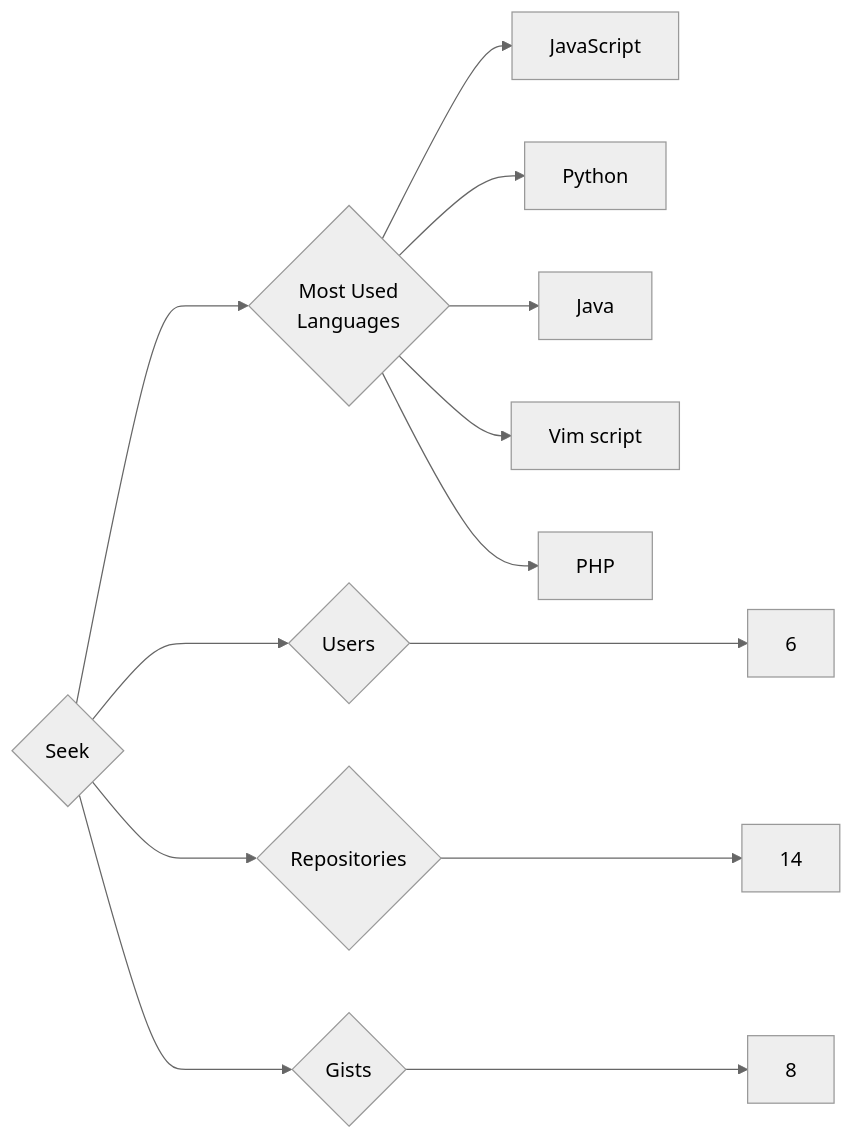
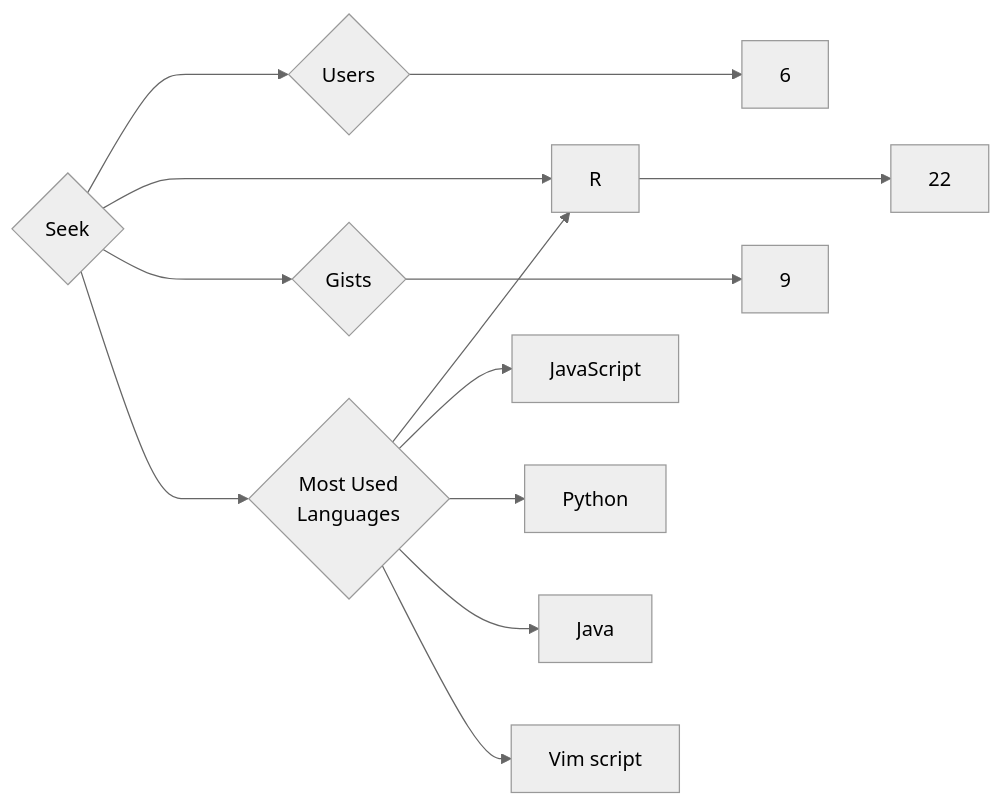
Before and after one commit to trickest/insiders: the diagram in targets/Seek/README.md, drawn with Mermaid (neutral theme). The commit also changed 851 other files, not shown here.

````diff
--- a/targets/Seek/README.md
+++ b/targets/Seek/README.md
@@ -3,13 +3,13 @@
 ```mermaid
 graph LR
 COMPANY_NAME{Seek}
 COMPANY_NAME ---> U{Users} ---> UN[6]
-COMPANY_NAME ---> R{Repositories} ---> RN[14]
-COMPANY_NAME ---> G{Gists} ---> GN[8]
+COMPANY_NAME ---> R{Repositories} ---> RN[22]
+COMPANY_NAME ---> G{Gists} ---> GN[9]
 COMPANY_NAME ---> ML{Most Used<br>Languages}
+ML --> R[R]
 ML --> JavaScript[JavaScript]
 ML --> Python[Python]
 ML --> Java[Java]
 ML --> Vim_script[Vim script]
-ML --> PHP[PHP]
 ```
````
